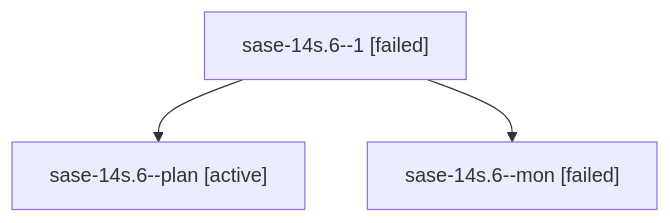
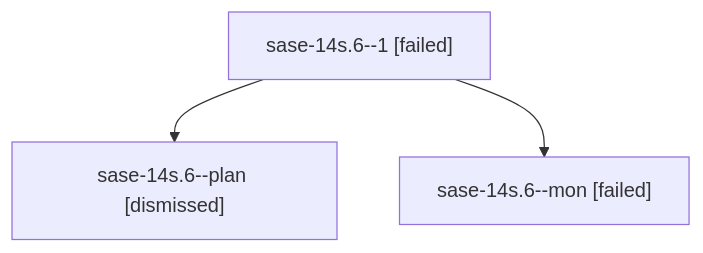
Before and after one commit to sase-org/sase--agents: the diagram in sessions/bbugyi200.athena.sase-14s.6.md, drawn with Mermaid. The commit also changed other lines of this file and 106 other files, not shown here.

````diff
--- a/sessions/bbugyi200.athena.sase-14s.6.md
+++ b/sessions/bbugyi200.athena.sase-14s.6.md
@@ -9,8 +9,8 @@
 ```mermaid
 flowchart TD
   n0["sase-14s.6--1 [failed]"]
-  n1["sase-14s.6--plan [active]"]
+  n1["sase-14s.6--plan [dismissed]"]
   n0 --> n1
   n2["sase-14s.6--mon [failed]"]
   n0 --> n2
 ```
````
